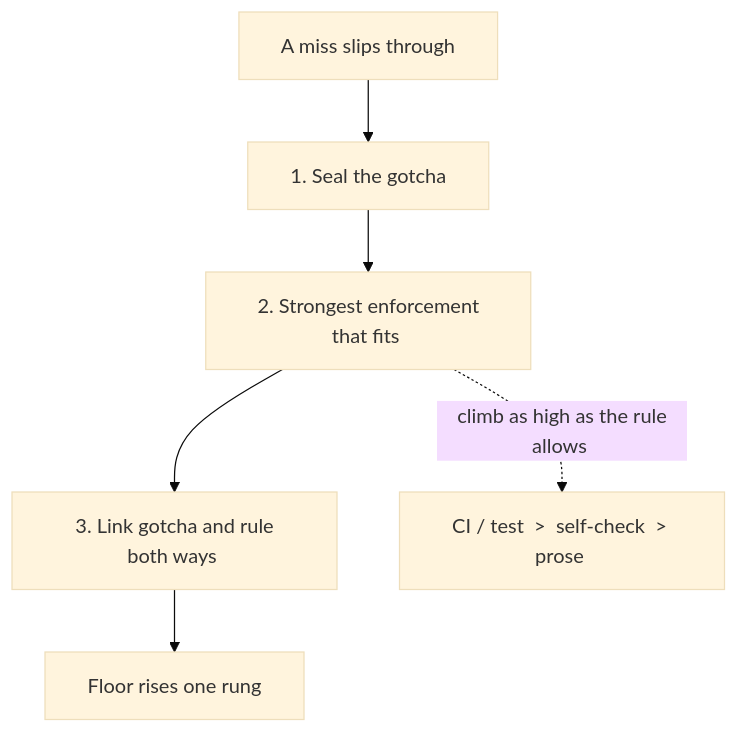
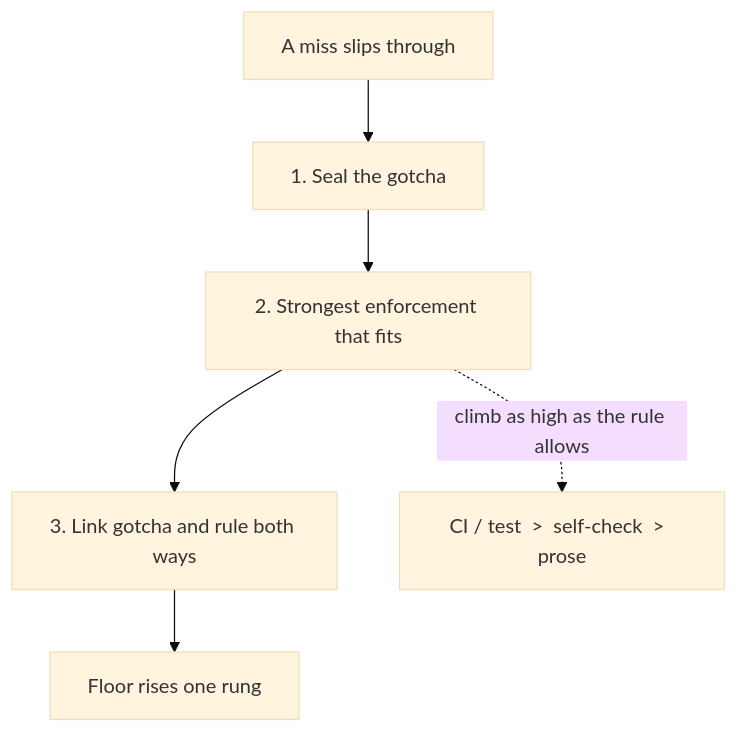
One commit to qufeiz/portfolio changed the diagram in src/content/articles/the-ratchet.md. Above: the diagram before and after it, drawn with Mermaid (base theme). The commit also changed 5 other files, not shown here.

````diff
--- a/src/content/articles/the-ratchet.md
+++ b/src/content/articles/the-ratchet.md
@@ -31,8 +31,8 @@
 ```mermaid
 flowchart TB
-  M["&nbsp;A miss slips through&nbsp;"] --> S["&nbsp;1. Seal the gotcha&nbsp;"]
-  S --> E["&nbsp;2. Strongest enforcement that fits&nbsp;"]
-  E --> L["&nbsp;3. Link gotcha and rule both ways&nbsp;"]
-  L --> F["&nbsp;Floor rises one rung&nbsp;"]
-  E -.->|"&nbsp;climb as high as the rule allows&nbsp;"| Ladder["&nbsp;CI / test  >  self-check  >  prose&nbsp;"]
+  M["A miss slips through"] --> S["1. Seal the gotcha"]
+  S --> E["2. Strongest enforcement that fits"]
+  E --> L["3. Link gotcha and rule both ways"]
+  L --> F["Floor rises one rung"]
+  E -.->|"climb as high as the rule allows"| Ladder["CI / test  >  self-check  >  prose"]
 ```
````
